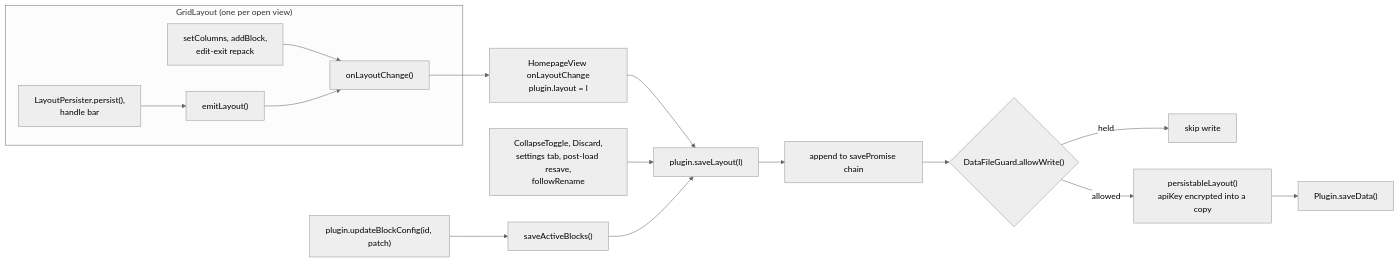
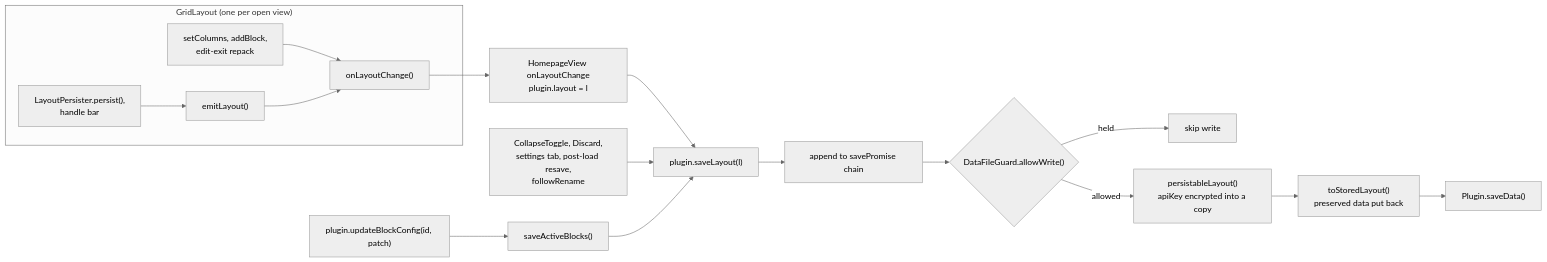
One commit to acaprino/obsidian-plugin-homepage changed the first of 15 diagrams in docs/flows.md. Above: the diagram before and after it, drawn with Mermaid (neutral theme). The commit also changed other lines of this file and 11 other files, not shown here.

````diff
--- a/docs/flows.md
+++ b/docs/flows.md
@@ -43,17 +43,18 @@
 ```mermaid
 flowchart LR
   subgraph G["GridLayout (one per open view)"]
     P1["LayoutPersister.persist(),<br/>handle bar"] --> E["emitLayout()"]
     H1["setColumns, addBlock,<br/>edit-exit repack"] --> OC["onLayoutChange()"]
     E --> OC
   end
   OC --> OLC["HomepageView onLayoutChange<br/>plugin.layout = l"]
   OLC --> SL["plugin.saveLayout(l)"]
   CT["CollapseToggle, Discard,<br/>settings tab, post-load resave,<br/>followRename"] --> SL
   UBC["plugin.updateBlockConfig(id, patch)"] --> SAB["saveActiveBlocks()"] --> SL
   SL --> Q["append to savePromise chain"]
   Q --> GU{"DataFileGuard.allowWrite()"}
   GU -- "held" --> X["skip write"]
   GU -- "allowed" --> PL["persistableLayout()<br/>apiKey encrypted into a copy"]
-  PL --> SD["Plugin.saveData()"]
+  PL --> TS["toStoredLayout()<br/>preserved data put back"]
+  TS --> SD["Plugin.saveData()"]
 ```
````
